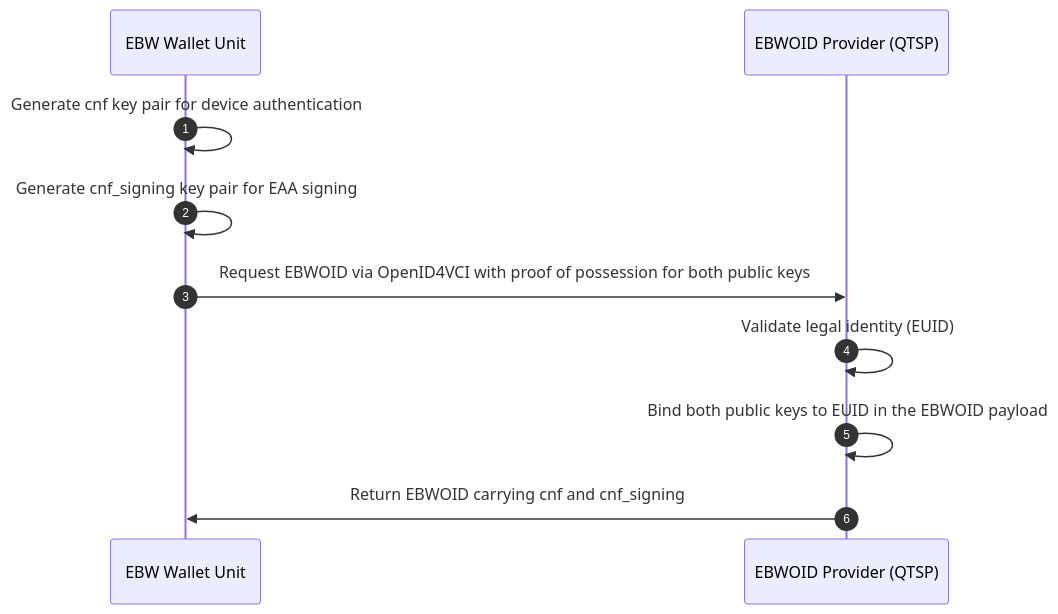
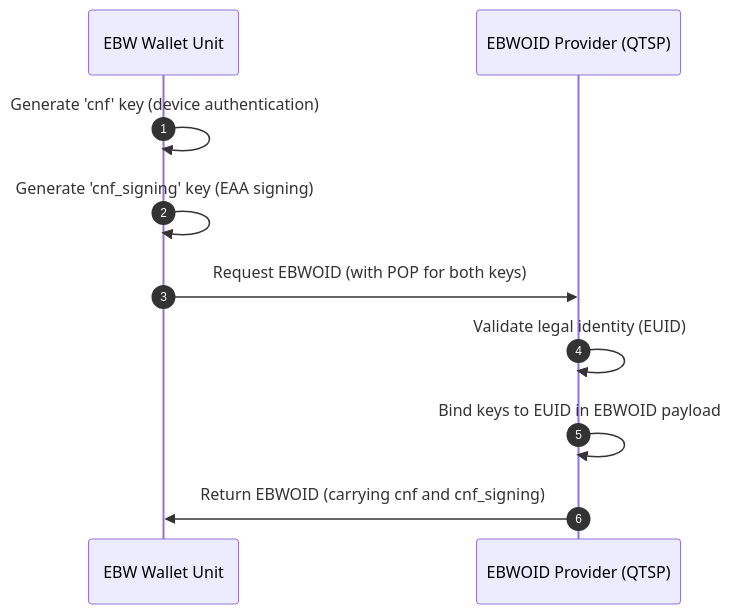
One commit to webuild-consortium/wp4-architecture changed the first of 3 diagrams in conformance-specs/cs-21-attestation-chaining.md. Above: the diagram before and after it, drawn with Mermaid. The commit also changed other lines of this file, not shown here.

````diff
--- a/conformance-specs/cs-21-attestation-chaining.md
+++ b/conformance-specs/cs-21-attestation-chaining.md
@@ -103,12 +99,12 @@
 ```mermaid
 sequenceDiagram
+    autonumber
     participant WU as EBW Wallet Unit
     participant EP as EBWOID Provider (QTSP)
-    autonumber
-    WU->>WU: Generate cnf key pair for device authentication
-    WU->>WU: Generate cnf_signing key pair for EAA signing
-    WU->>EP: Request EBWOID via OpenID4VCI with proof of possession for both public keys
+    WU->>WU: Generate 'cnf' key (device authentication)
+    WU->>WU: Generate 'cnf_signing' key (EAA signing)
+    WU->>EP: Request EBWOID (with POP for both keys)
     EP->>EP: Validate legal identity (EUID)
-    EP->>EP: Bind both public keys to EUID in the EBWOID payload
-    EP->>WU: Return EBWOID carrying cnf and cnf_signing
+    EP->>EP: Bind keys to EUID in EBWOID payload
+    EP->>WU: Return EBWOID (carrying cnf and cnf_signing)
 ```
````
